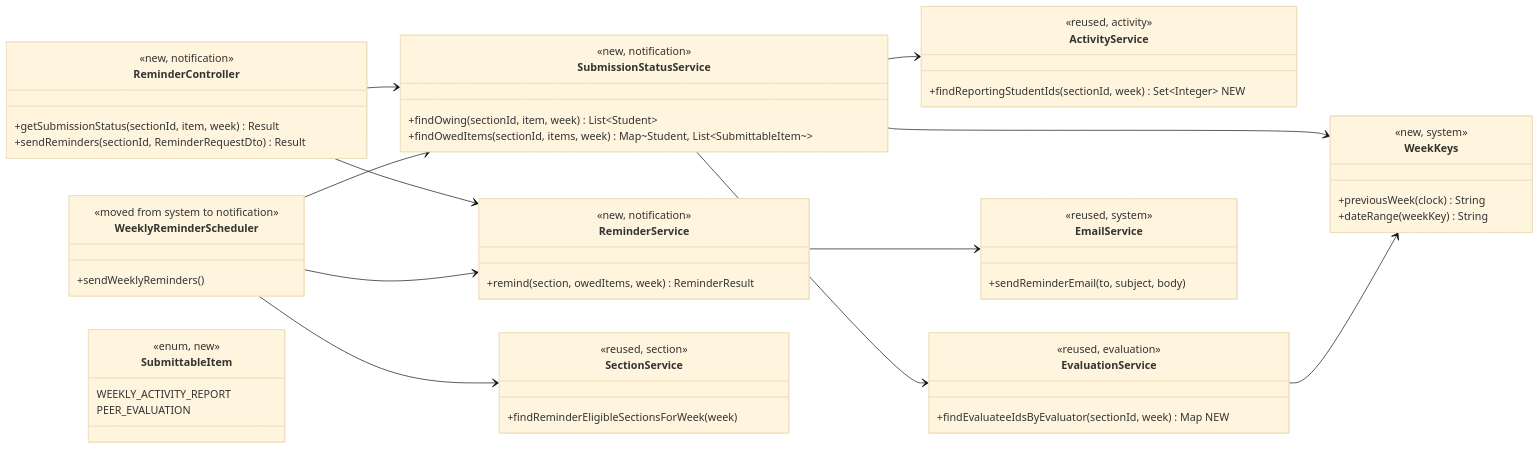
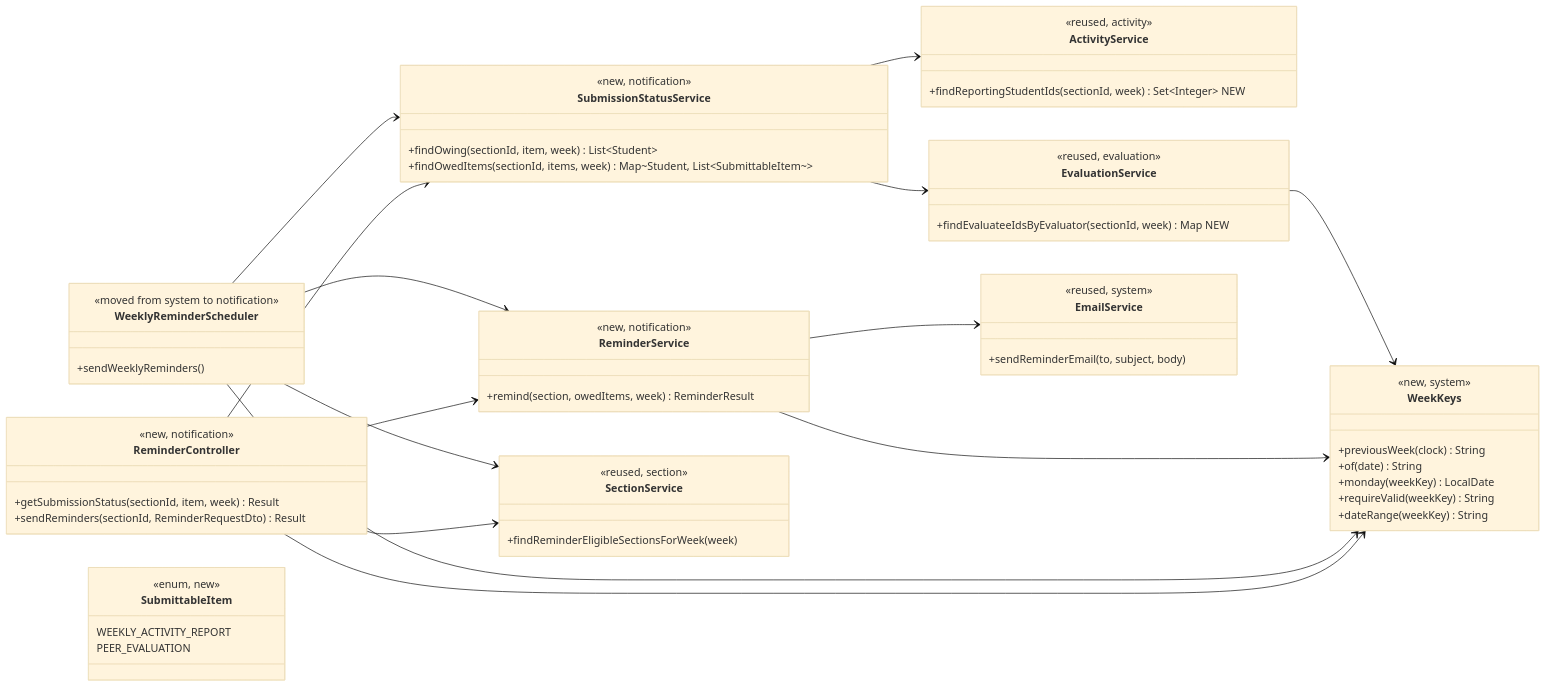
The first of 3 diagrams in docs/design/not.md (Washingtonwei/project-pulse), drawn with Mermaid (base theme) before and after one commit. The commit also changed other lines of this file and 2 other files, not shown here.

First line of the commit message:
docs(not): bring the design, architecture, and traceability in line with the code

````diff
--- a/docs/design/not.md
+++ b/docs/design/not.md
@@ -16,58 +16,64 @@
 ```mermaid
 classDiagram
     direction LR
     class ReminderController {
         <<new, notification>>
         +getSubmissionStatus(sectionId, item, week) Result
         +sendReminders(sectionId, ReminderRequestDto) Result
     }
     class WeeklyReminderScheduler {
         <<moved from system to notification>>
         +sendWeeklyReminders()
     }
     class SubmissionStatusService {
         <<new, notification>>
         +findOwing(sectionId, item, week) List~Student~
         +findOwedItems(sectionId, items, week) Map~Student, List~SubmittableItem~~
     }
     class ReminderService {
         <<new, notification>>
         +remind(section, owedItems, week) ReminderResult
     }
     class SubmittableItem {
         <<enum, new>>
         WEEKLY_ACTIVITY_REPORT
         PEER_EVALUATION
     }
     class ActivityService {
         <<reused, activity>>
         +findReportingStudentIds(sectionId, week) Set~Integer~ NEW
     }
     class EvaluationService {
         <<reused, evaluation>>
         +findEvaluateeIdsByEvaluator(sectionId, week) Map NEW
     }
     class WeekKeys {
         <<new, system>>
         +previousWeek(clock) String
+        +of(date) String
+        +monday(weekKey) LocalDate
+        +requireValid(weekKey) String
         +dateRange(weekKey) String
     }
     class EmailService {
         <<reused, system>>
         +sendReminderEmail(to, subject, body)
     }
     class SectionService {
         <<reused, section>>
         +findReminderEligibleSectionsForWeek(week)
     }
     ReminderController --> SubmissionStatusService
     ReminderController --> ReminderService
+    ReminderController --> SectionService
+    ReminderController --> WeekKeys
     WeeklyReminderScheduler --> SectionService
     WeeklyReminderScheduler --> SubmissionStatusService
     WeeklyReminderScheduler --> ReminderService
+    WeeklyReminderScheduler --> WeekKeys
     SubmissionStatusService --> ActivityService
     SubmissionStatusService --> EvaluationService
-    SubmissionStatusService --> WeekKeys
     ReminderService --> EmailService
+    ReminderService --> WeekKeys
     EvaluationService --> WeekKeys
 ```
````
